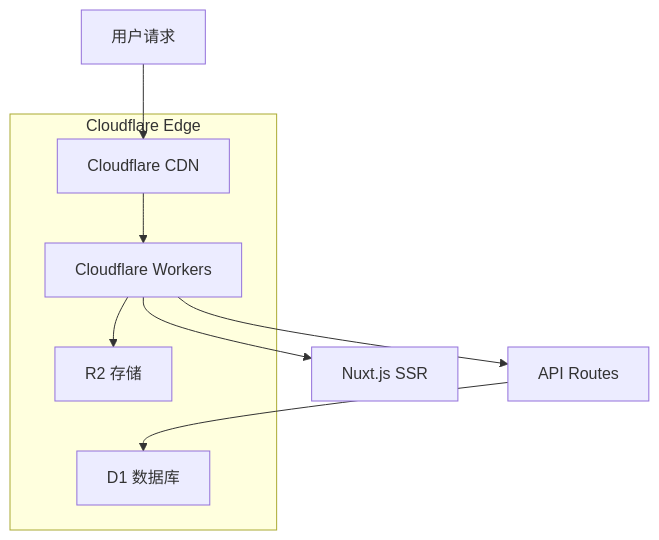
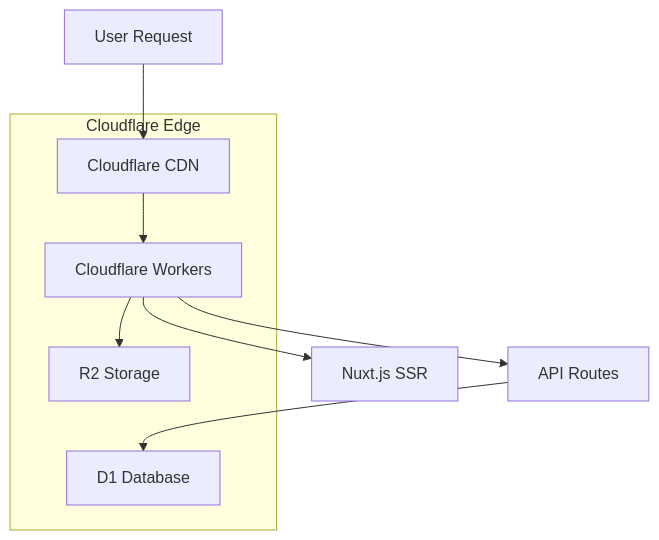
The diagram in README.md (andysunthunderman/AndyGame), drawn with Mermaid before and after one commit. The commit also changed other lines of this file and 8 other files, not shown here.

````diff
--- a/README.md
+++ b/README.md
@@ -184,16 +184,16 @@
 ```mermaid
 graph TB
-    A[用户请求] --> B[Cloudflare CDN]
+    A[User Request] --> B[Cloudflare CDN]
     B --> C[Cloudflare Workers]
     C --> D[Nuxt.js SSR]
     C --> E[API Routes]
-    E --> F[D1 数据库]
-    C --> G[R2 存储]
+    E --> F[D1 Database]
+    C --> G[R2 Storage]
     
     subgraph "Cloudflare Edge"
         B
         C
         F
         G
     end
 ```
````
